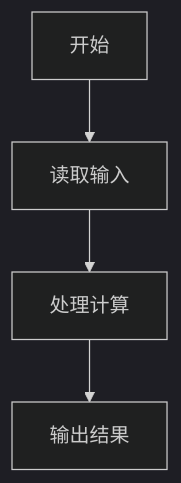
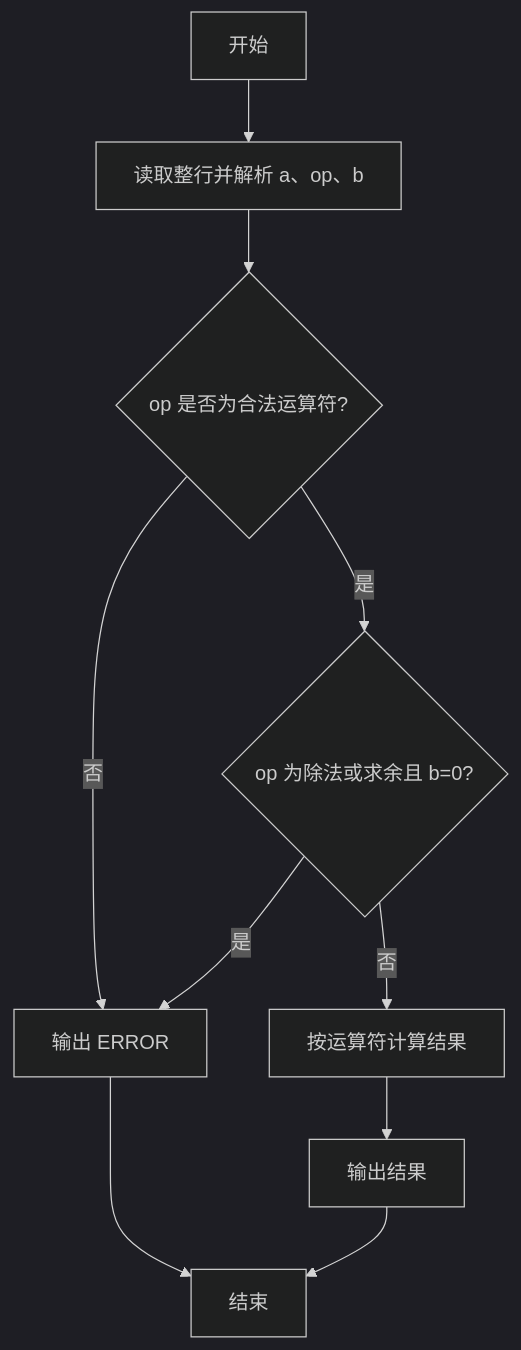
The first of 2 diagrams in 编程题/PTA基础编程题目集 7-12两个数的简单计算器（Lua语言实现）.md (pta-program/pta_basic_program_article_by_lua), drawn with Mermaid (dark theme) before and after one commit. The commit also changed other lines of this file and 50 other files, not shown here.

````diff
--- a/编程题/PTA基础编程题目集 7-12两个数的简单计算器（Lua语言实现）.md
+++ b/编程题/PTA基础编程题目集 7-12两个数的简单计算器（Lua语言实现）.md
@@ -92,6 +98,12 @@
 ```mermaid
 flowchart TD
-  A[开始] --> B[读取输入]
-  B --> C[处理计算]
-  C --> D[输出结果]
+  A[开始] --> B[读取整行并解析 a、op、b]
+  B --> C{op 是否为合法运算符?}
+  C -->|否| D[输出 ERROR]
+  C -->|是| E{op 为除法或求余且 b=0?}
+  E -->|是| D
+  E -->|否| F[按运算符计算结果]
+  F --> G[输出结果]
+  D --> H[结束]
+  G --> H
 ```
````
